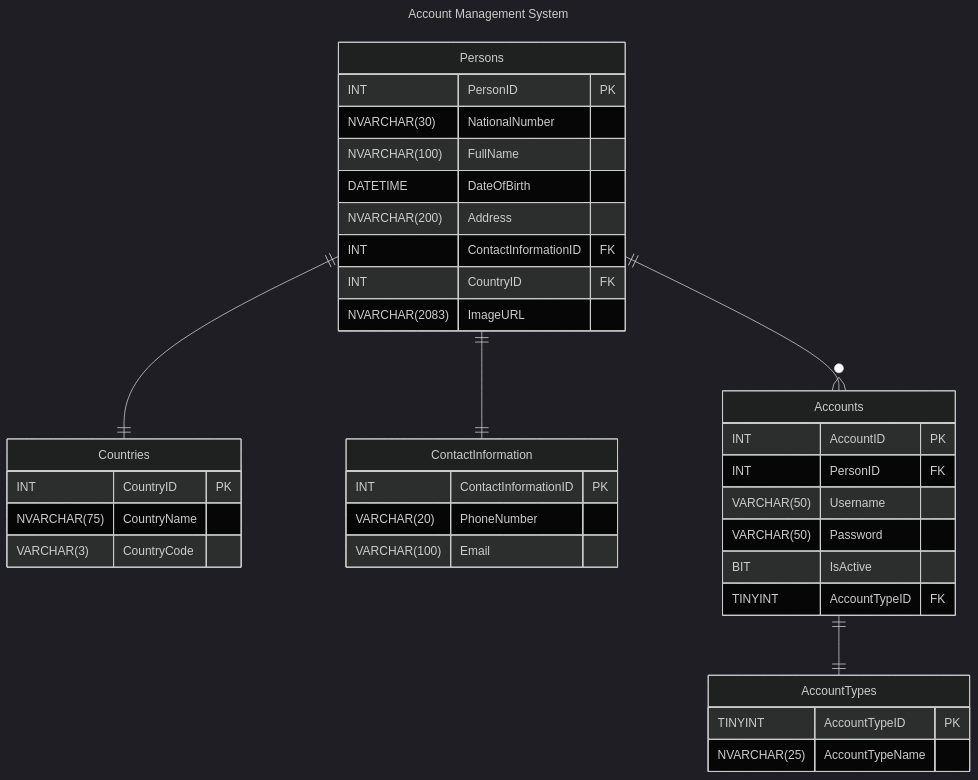
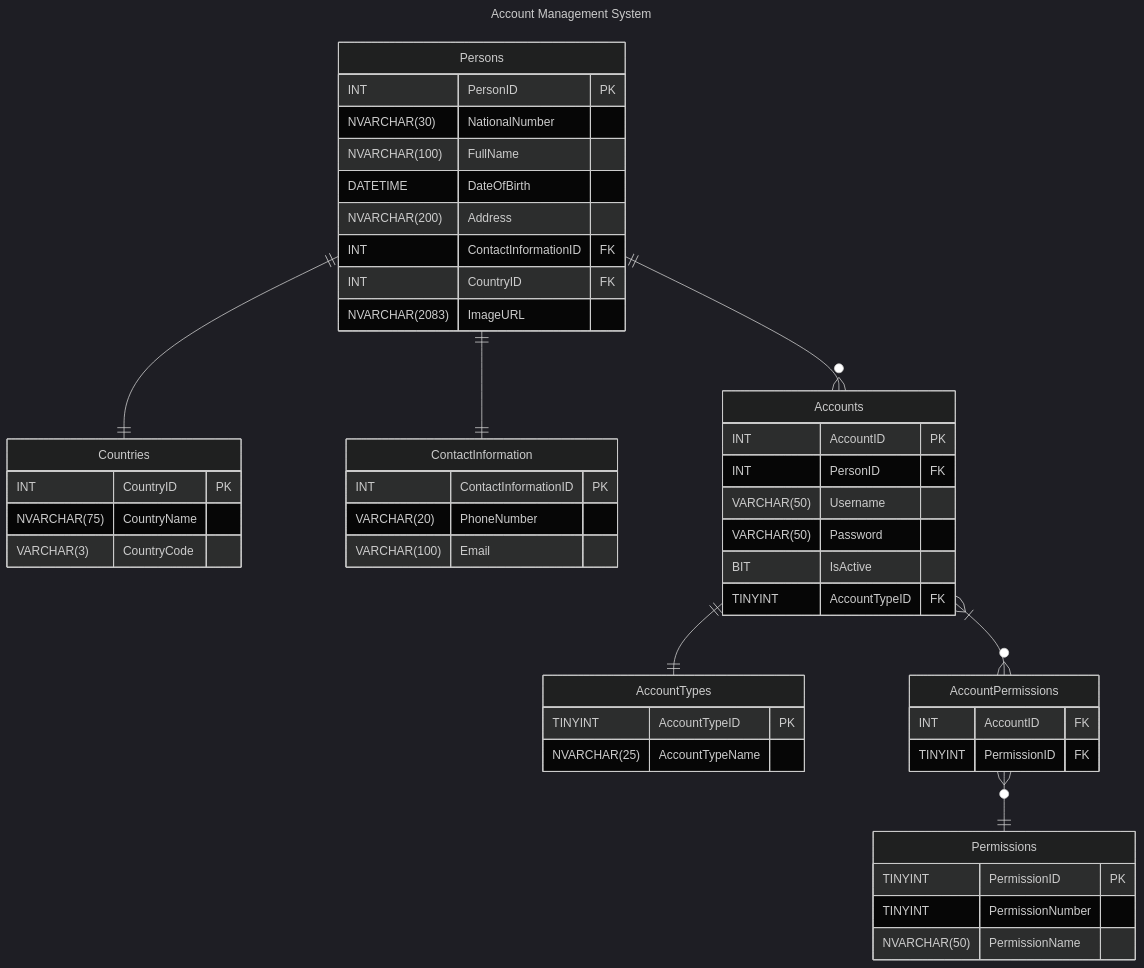
One commit to M4MD24/Full-Real-Project-by-Programming-Advices changed the diagram in RelationalSchema/AccountManagementSystem.mmd. Above: the diagram before and after it, drawn with Mermaid (dark theme).

Commit message:
Create (Permissions, AccountPermissions) Tables and Set Relationships

```diff
--- a/RelationalSchema/AccountManagementSystem.mmd
+++ b/RelationalSchema/AccountManagementSystem.mmd
@@ -1,41 +1,52 @@
 ---
 title: Account Management System
 ---
 erDiagram
     Persons {
         INT PersonID PK
         NVARCHAR(30) NationalNumber
         NVARCHAR(100) FullName
         DATETIME DateOfBirth
         NVARCHAR(200) Address
         INT ContactInformationID FK
         INT CountryID FK
         NVARCHAR(2083) ImageURL
     }
     Countries {
         INT CountryID PK
         NVARCHAR(75) CountryName
         VARCHAR(3) CountryCode
     }
     ContactInformation {
         INT ContactInformationID PK
         VARCHAR(20) PhoneNumber
         VARCHAR(100) Email
     }
     AccountTypes {
         TINYINT AccountTypeID PK
         NVARCHAR(25) AccountTypeName
     }
     Accounts {
         INT AccountID PK
         INT PersonID FK
         VARCHAR(50) Username
         VARCHAR(50) Password
         BIT IsActive
         TINYINT AccountTypeID FK
     }
+    AccountPermissions {
+        INT AccountID FK
+        TINYINT PermissionID FK
+    }
+    Permissions {
+        TINYINT PermissionID PK
+        TINYINT PermissionNumber
+        NVARCHAR(50) PermissionName
+    }
 
     Persons ||--|| Countries: ""
     Persons ||--|| ContactInformation: ""
     Persons ||--o{ Accounts: ""
     Accounts ||--|| AccountTypes: ""
+    Accounts }|--o{ AccountPermissions: ""
+    AccountPermissions }o--|| Permissions: ""
```
